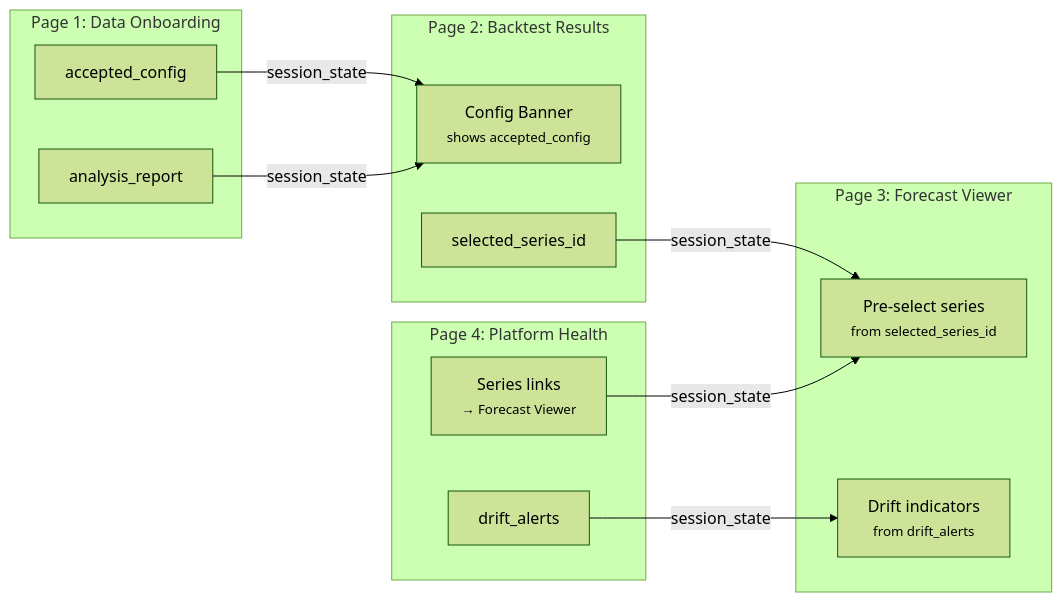
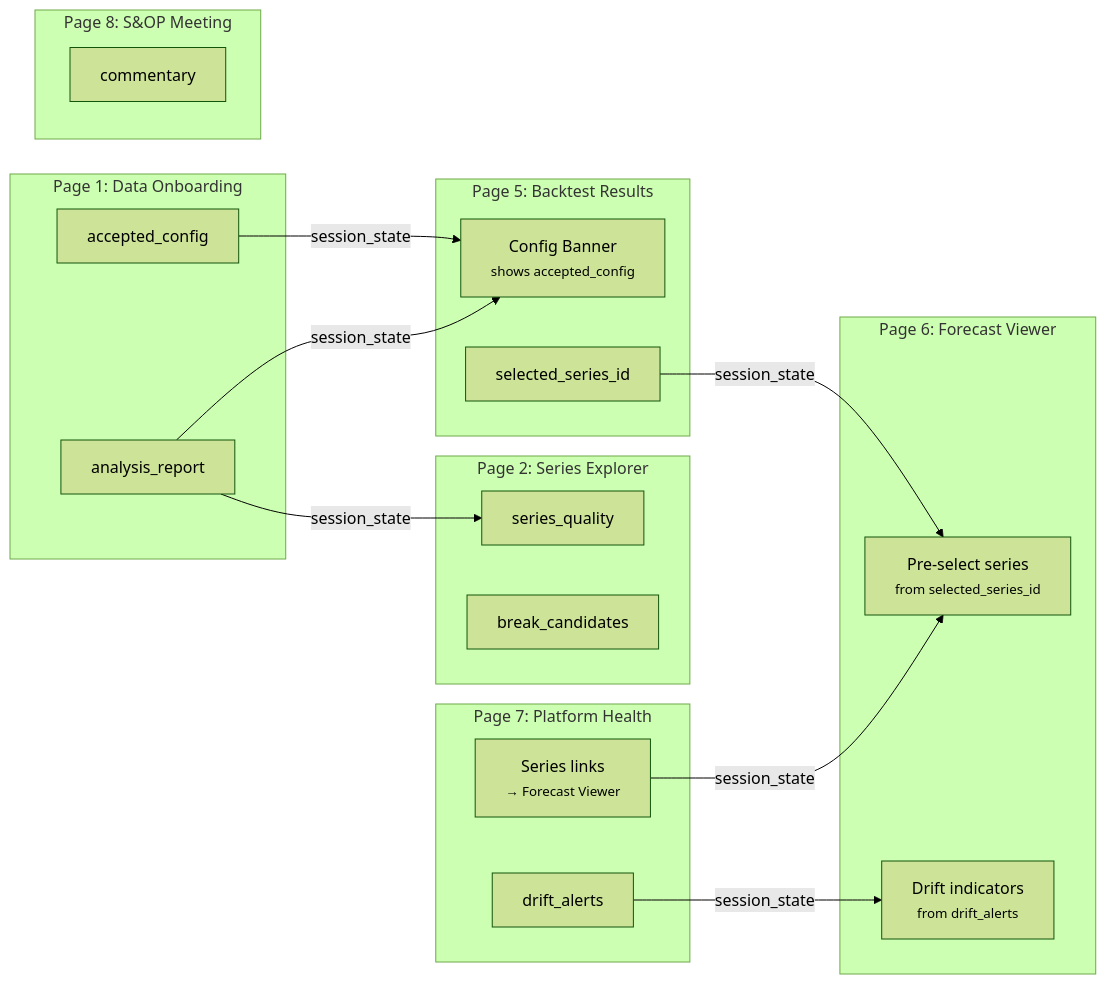
Diagram 13 of 15 in ARCHITECTURE.md (aethrixdev/sales_forecast), drawn with Mermaid (forest theme) before and after one commit. The commit also changed other lines of this file and 7 other files, not shown here.

````diff
--- a/ARCHITECTURE.md
+++ b/ARCHITECTURE.md
@@ -626,28 +632,38 @@
 ```mermaid
 graph LR
     subgraph Page1["Page 1: Data Onboarding"]
         AC["accepted_config"]
         AR["analysis_report"]
     end
 
-    subgraph Page2["Page 2: Backtest Results"]
+    subgraph Page2["Page 2: Series Explorer"]
+        SQ["series_quality"]
+        BC["break_candidates"]
+    end
+
+    subgraph Page5["Page 5: Backtest Results"]
         CB["Config Banner<br/><small>shows accepted_config</small>"]
         SS["selected_series_id"]
     end
 
-    subgraph Page3["Page 3: Forecast Viewer"]
+    subgraph Page6["Page 6: Forecast Viewer"]
         PS["Pre-select series<br/><small>from selected_series_id</small>"]
         DI["Drift indicators<br/><small>from drift_alerts</small>"]
     end
 
-    subgraph Page4["Page 4: Platform Health"]
+    subgraph Page7["Page 7: Platform Health"]
         DA["drift_alerts"]
         SL["Series links<br/><small>→ Forecast Viewer</small>"]
     end
 
+    subgraph Page8["Page 8: S&OP Meeting"]
+        CM["commentary"]
+    end
+
     AC -->|session_state| CB
     AR -->|session_state| CB
+    AR -->|session_state| SQ
     SS -->|session_state| PS
     DA -->|session_state| DI
     SL -->|session_state| PS
 ```
````
